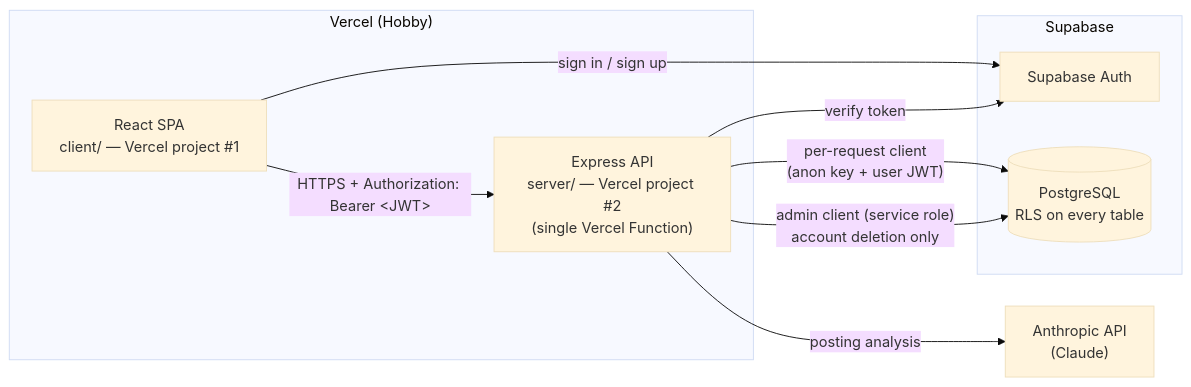
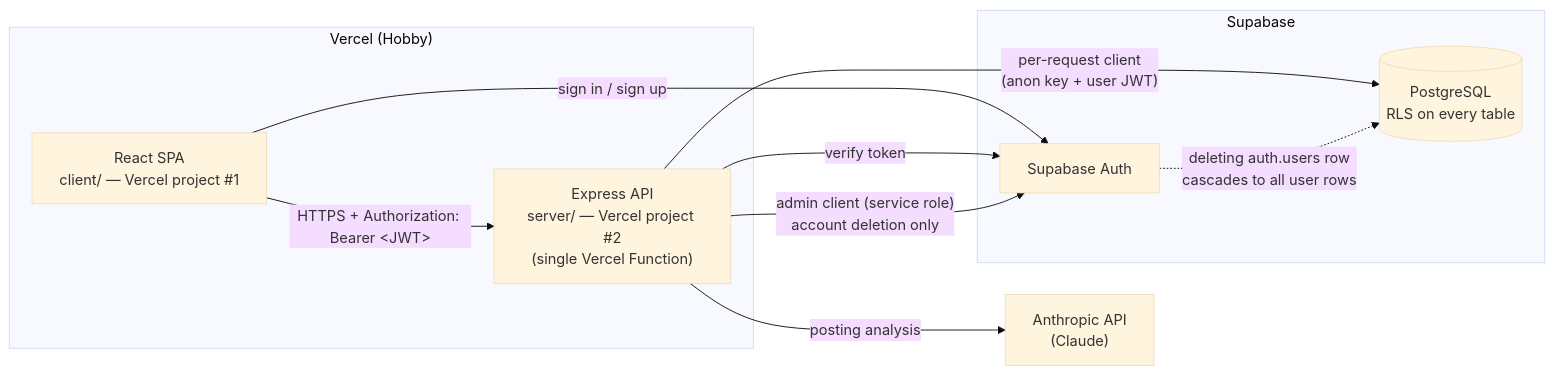
The first of 2 diagrams in docs/architecture.md (soyjoysauce/job-application-tracker), drawn with Mermaid (base theme) before and after one commit. The commit also changed other lines of this file and 7 other files, not shown here.

First line of the commit message:
feat(server): add account deletion endpoint

````diff
--- a/docs/architecture.md
+++ b/docs/architecture.md
@@ -5,21 +5,22 @@
 ```mermaid
 flowchart LR
     subgraph Vercel["Vercel (Hobby)"]
         Client["React SPA<br/>client/ — Vercel project #1"]
         API["Express API<br/>server/ — Vercel project #2<br/>(single Vercel Function)"]
     end
 
     subgraph Supabase
         Auth["Supabase Auth"]
         DB[("PostgreSQL<br/>RLS on every table")]
     end
 
     Anthropic["Anthropic API<br/>(Claude)"]
 
     Client -- "sign in / sign up" --> Auth
     Client -- "HTTPS + Authorization: Bearer &lt;JWT&gt;" --> API
     API -- "verify token" --> Auth
     API -- "per-request client<br/>(anon key + user JWT)" --> DB
-    API -- "admin client (service role)<br/>account deletion only" --> DB
+    API -- "admin client (service role)<br/>account deletion only" --> Auth
+    Auth -. "deleting auth.users row<br/>cascades to all user rows" .-> DB
     API -- "posting analysis" --> Anthropic
 ```
````
